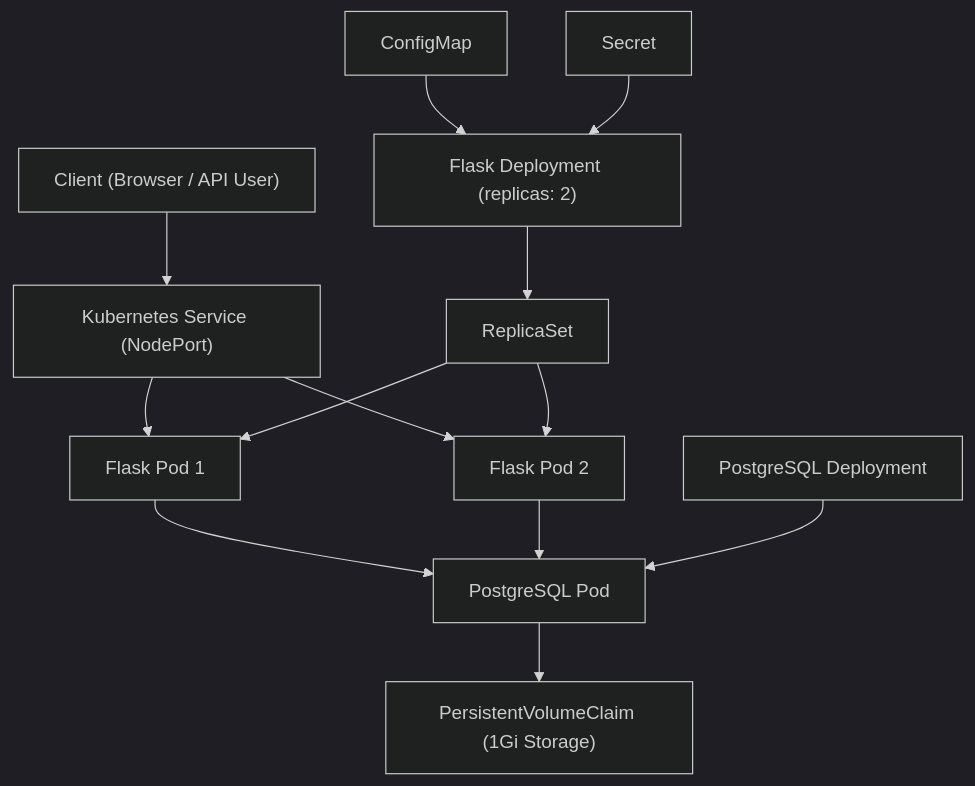
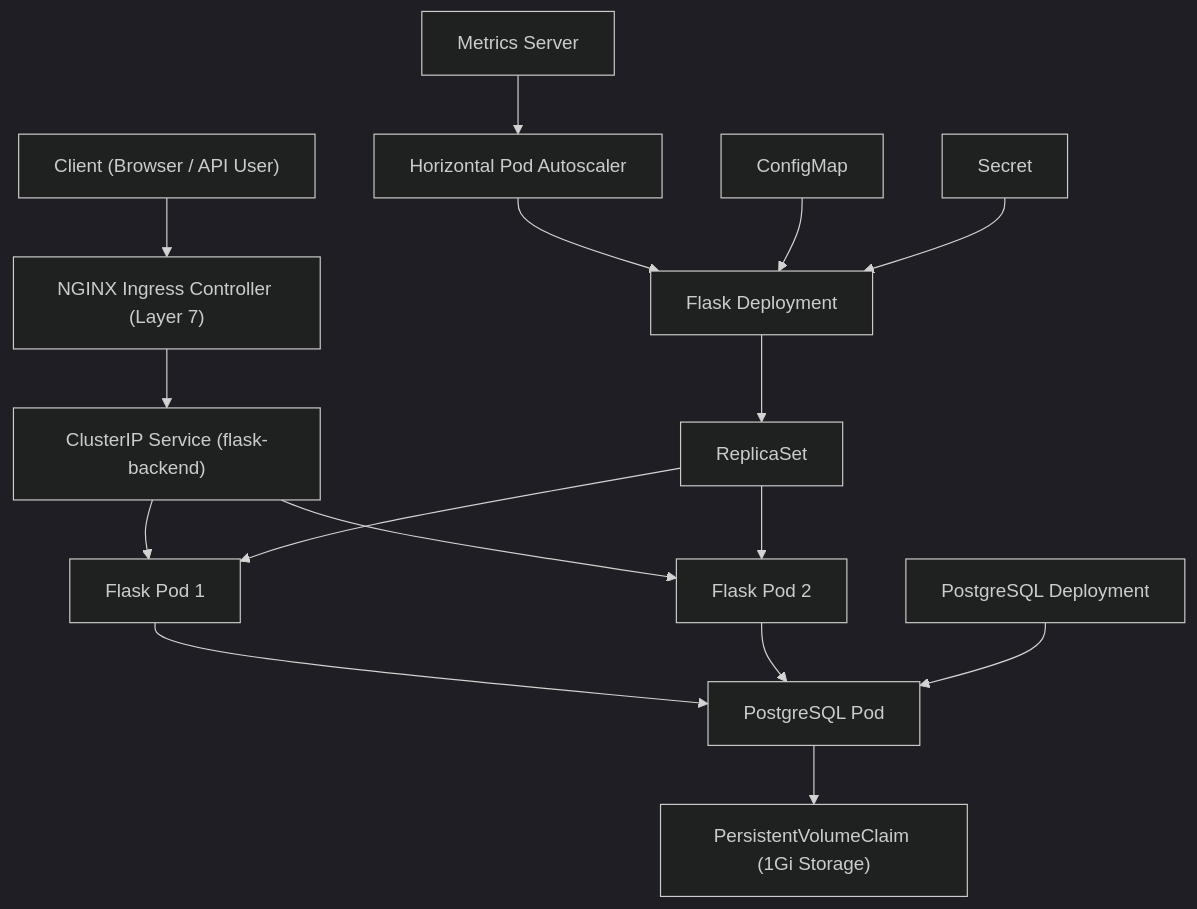
Before and after one commit to ssacharitha/devops-microservices-project: the diagram in README.md, drawn with Mermaid (dark theme). The commit also changed other lines of this file and 5 other files, not shown here.

Commit message:
feat: add Ingress, HPA auto-scaling, resource limits, Kind port mapping, and update README

````diff
--- a/README.md
+++ b/README.md
@@ -20,26 +20,27 @@
 ```mermaid
 flowchart TD
 
-    %% External Client
-    Client["Client (Browser / API User)"] --> Service["Kubernetes Service (NodePort)"]
+    Client["Client (Browser / API User)"]
+    Client --> Ingress["NGINX Ingress Controller (Layer 7)"]
 
-    %% Backend Application Layer
+    Ingress --> Service["ClusterIP Service (flask-backend)"]
+
     Service --> Pod1["Flask Pod 1"]
     Service --> Pod2["Flask Pod 2"]
 
-    %% Deployment Hierarchy
-    Deployment["Flask Deployment (replicas: 2)"] --> RS["ReplicaSet"]
+    Deployment["Flask Deployment"] --> RS["ReplicaSet"]
     RS --> Pod1
     RS --> Pod2
 
-    %% Database Layer
+    HPA["Horizontal Pod Autoscaler"] --> Deployment
+    Metrics["Metrics Server"] --> HPA
+
     Pod1 --> DBPod["PostgreSQL Pod"]
     Pod2 --> DBPod
 
     DBDeployment["PostgreSQL Deployment"] --> DBPod
     DBPod --> PVC["PersistentVolumeClaim (1Gi Storage)"]
 
-    %% Configuration & Secrets
     Config["ConfigMap"] --> Deployment
     Secret["Secret"] --> Deployment
 ```
````
